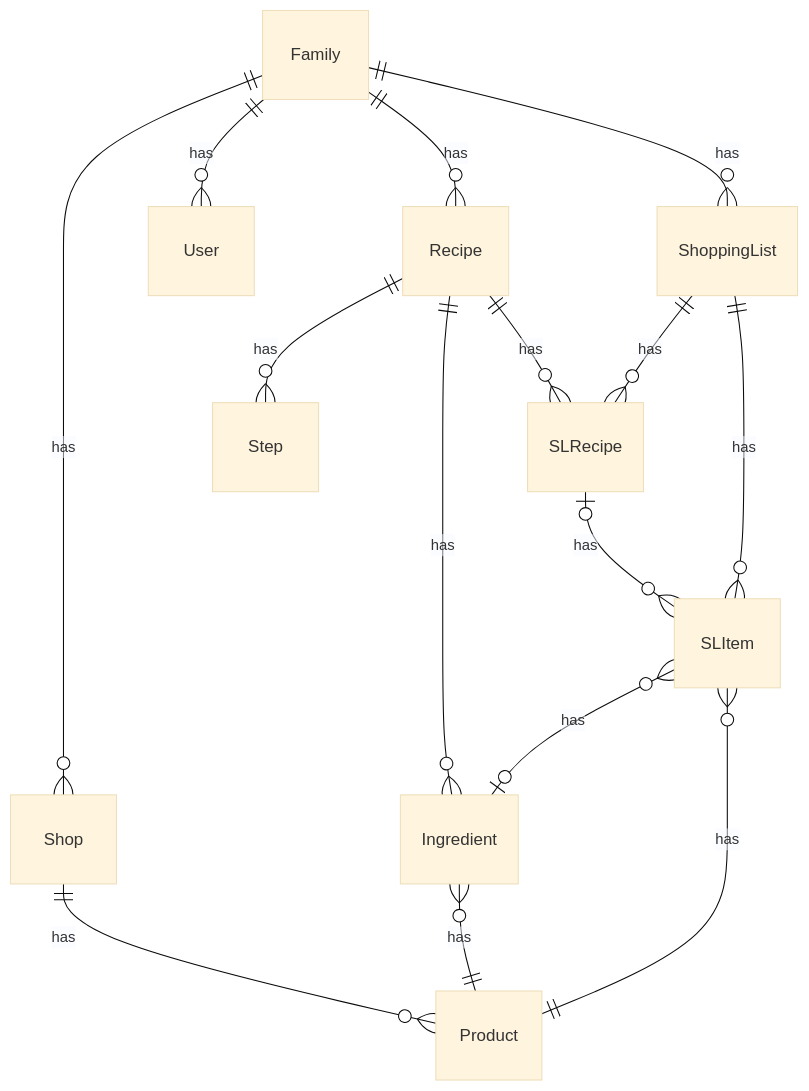
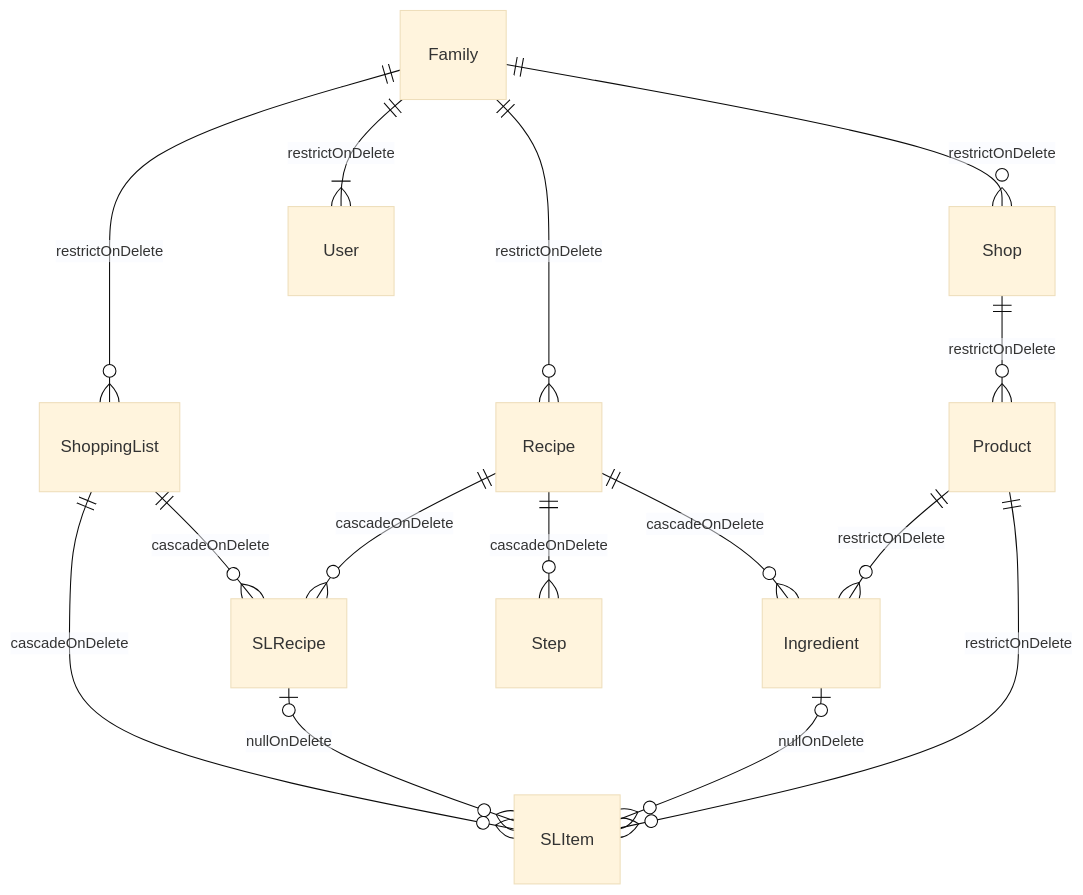
The diagram in docs/ERD.md (BrendanTWhite/morplees), drawn with Mermaid (base theme) before and after one commit. The commit also changed other lines of this file, not shown here.

Commit message:
Playing with the ERD to get it *right*.

`````diff
--- a/docs/ERD.md
+++ b/docs/ERD.md
@@ -3,17 +23,27 @@
 ````mermaid
-erDiagram
-          Family ||--o{ Shop : has
-          Family ||--o{ User : has
-          Shop   ||--o{ Product : has
-          Family ||--o{ Recipe  : has
-          Recipe ||--o{ Step    : has
-          Recipe ||--o{ Ingredient : has
-          Ingredient }o--|| Product : has
-          Family ||--o{ ShoppingList : has
-          SLItem }o--o| Ingredient : has
-          Recipe ||--o{ SLRecipe : has
-          ShoppingList ||--o{ SLRecipe : has
-          SLRecipe |o--o{ SLItem : has
-          ShoppingList ||--o{ SLItem : has
-          SLItem }o--|| Product : has
+
+    erDiagram
+
+        Family   ||--o{ ShoppingList : restrictOnDelete
+        ShoppingList ||--o{ SLItem : cascadeOnDelete
+
+        ShoppingList ||--o{ SLRecipe : cascadeOnDelete
+
+        Family   ||--o{ Recipe     : restrictOnDelete
+
+        Recipe   ||--o{ SLRecipe   : cascadeOnDelete
+        SLRecipe |o--o{ SLItem     : nullOnDelete
+
+        Recipe   ||--o{ Ingredient : cascadeOnDelete
+        Recipe   ||--o{ Step       : cascadeOnDelete
+        Ingredient |o--o{ SLItem   : nullOnDelete 
+
+        Family   ||--o{ Shop       : restrictOnDelete
+        Shop     ||--o{ Product    : restrictOnDelete
+
+        Product    ||--o{ Ingredient : restrictOnDelete
+        Product    ||--o{ SLItem   : restrictOnDelete
+
+        Family   ||--|{ User       : restrictOnDelete
+
 ````
`````
